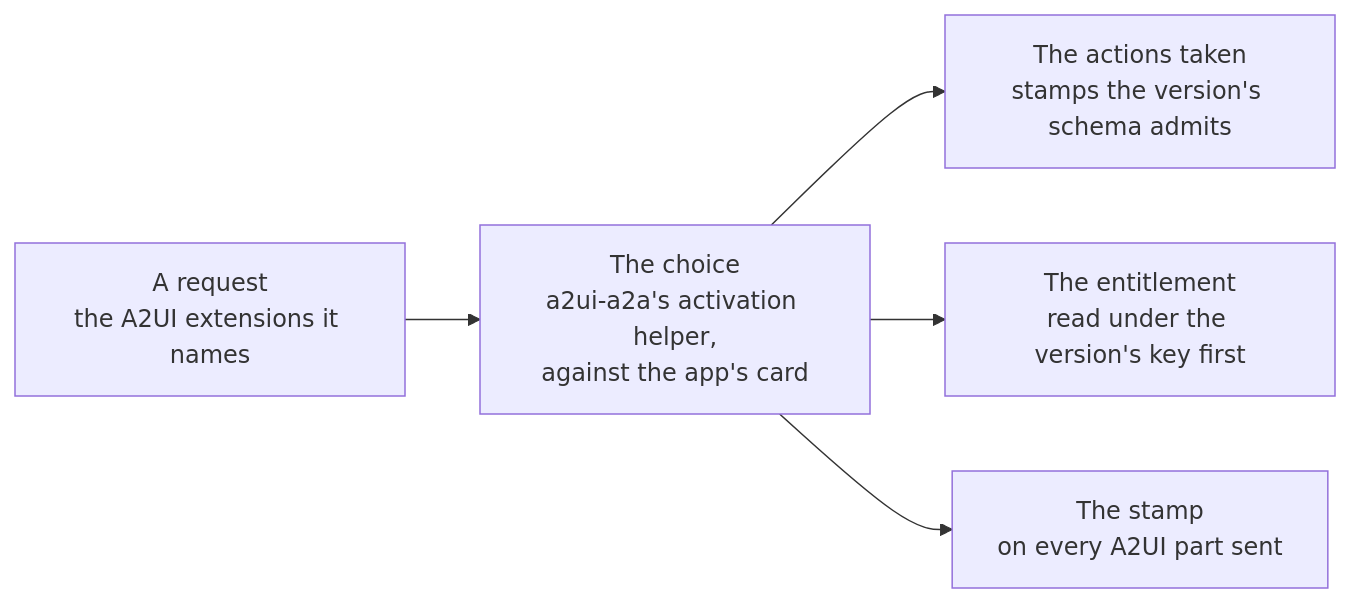
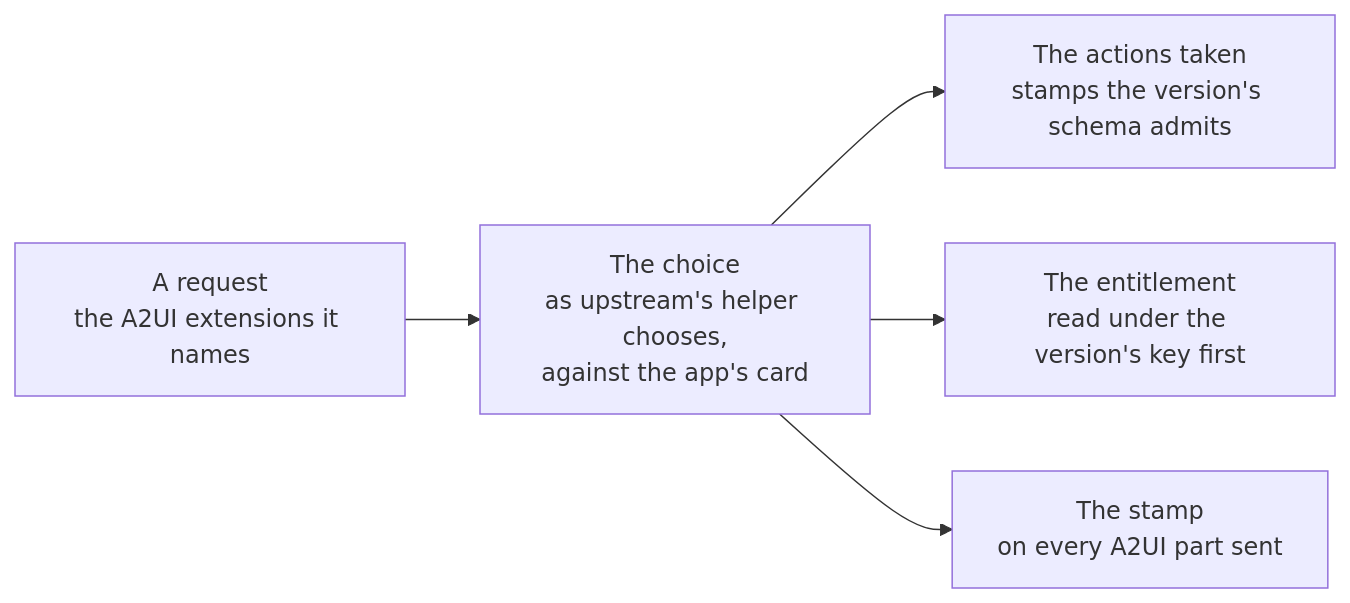
Before and after one commit to retz8/a2uiverse: the fourth of 5 diagrams in docs/design/agent-kit.md, drawn with Mermaid. The commit also changed other lines of this file and 12 other files, not shown here.

````diff
--- a/docs/design/agent-kit.md
+++ b/docs/design/agent-kit.md
@@ -404,7 +446,7 @@
 ```mermaid
 flowchart LR
-    REQ["A request<br/>the A2UI extensions it names"] --> CH["The choice<br/>a2ui-a2a's activation helper,<br/>against the app's card"]
+    REQ["A request<br/>the A2UI extensions it names"] --> CH["The choice<br/>as upstream's helper chooses,<br/>against the app's card"]
     CH --> ACT["The actions taken<br/>stamps the version's schema admits"]
     CH --> ENT["The entitlement<br/>read under the version's key first"]
     CH --> ST["The stamp<br/>on every A2UI part sent"]
 ```
````
